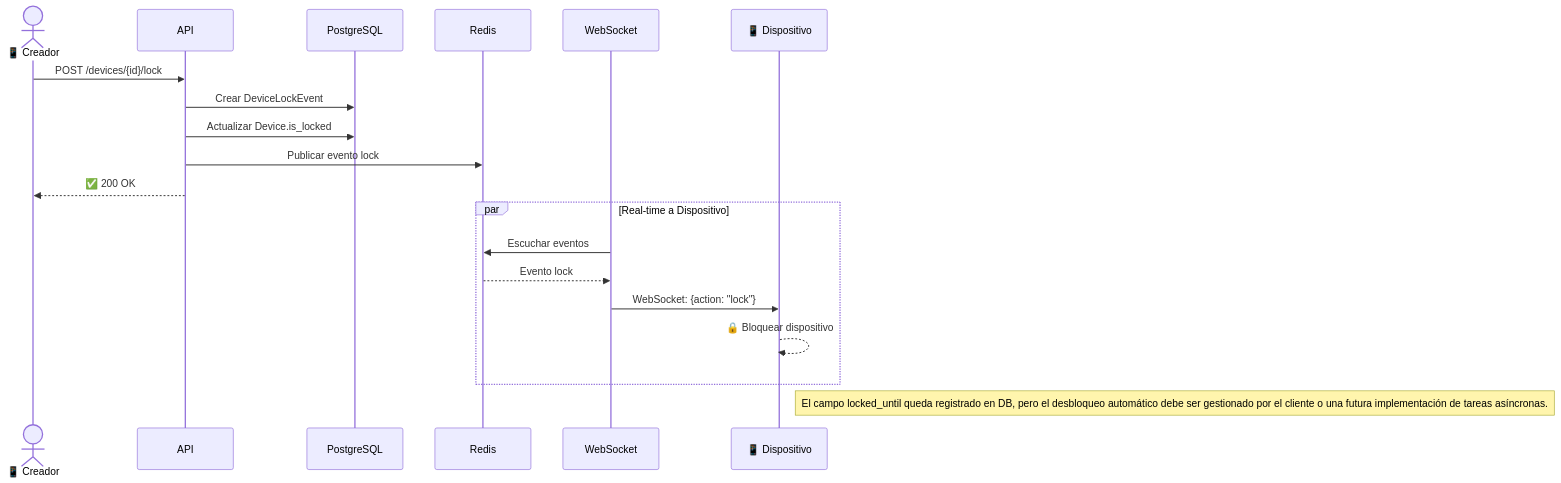
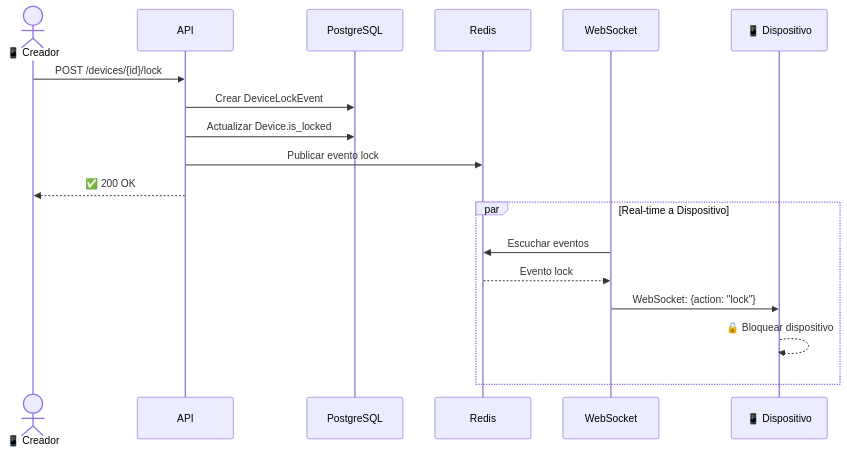
The third of 4 diagrams in README.md (JORGUINHO98/secure-lock), drawn with Mermaid before and after one commit. The commit also changed other lines of this file, not shown here.

````diff
--- a/README.md
+++ b/README.md
@@ -213,24 +150,22 @@
 ```mermaid
 sequenceDiagram
     actor Creator as 📱 Creador
     participant API
     participant DB as PostgreSQL
     participant Redis
     participant WS as WebSocket
     participant Device as 📱 Dispositivo
 
     Creator->>API: POST /devices/{id}/lock
     API->>DB: Crear DeviceLockEvent
     API->>DB: Actualizar Device.is_locked
     API->>Redis: Publicar evento lock
     API-->>Creator: ✅ 200 OK
     
     par Real-time a Dispositivo
         WS->>Redis: Escuchar eventos
         Redis-->>WS: Evento lock
         WS->>Device: WebSocket: {action: "lock"}
         Device-->>Device: 🔒 Bloquear dispositivo
     end
-    
-    Note right of Device: El campo locked_until queda registrado en DB, pero el desbloqueo automático debe ser gestionado por el cliente o una futura implementación de tareas asíncronas.
 ```
````
